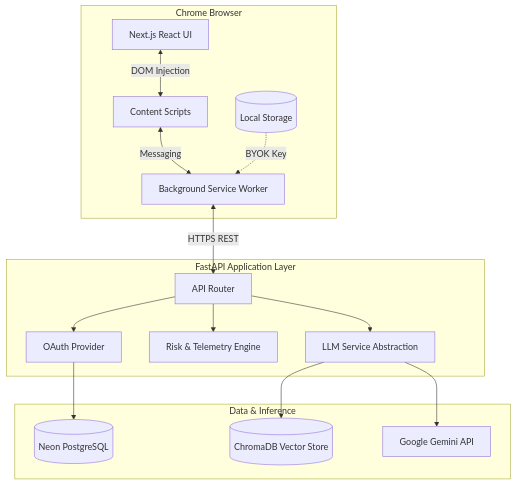
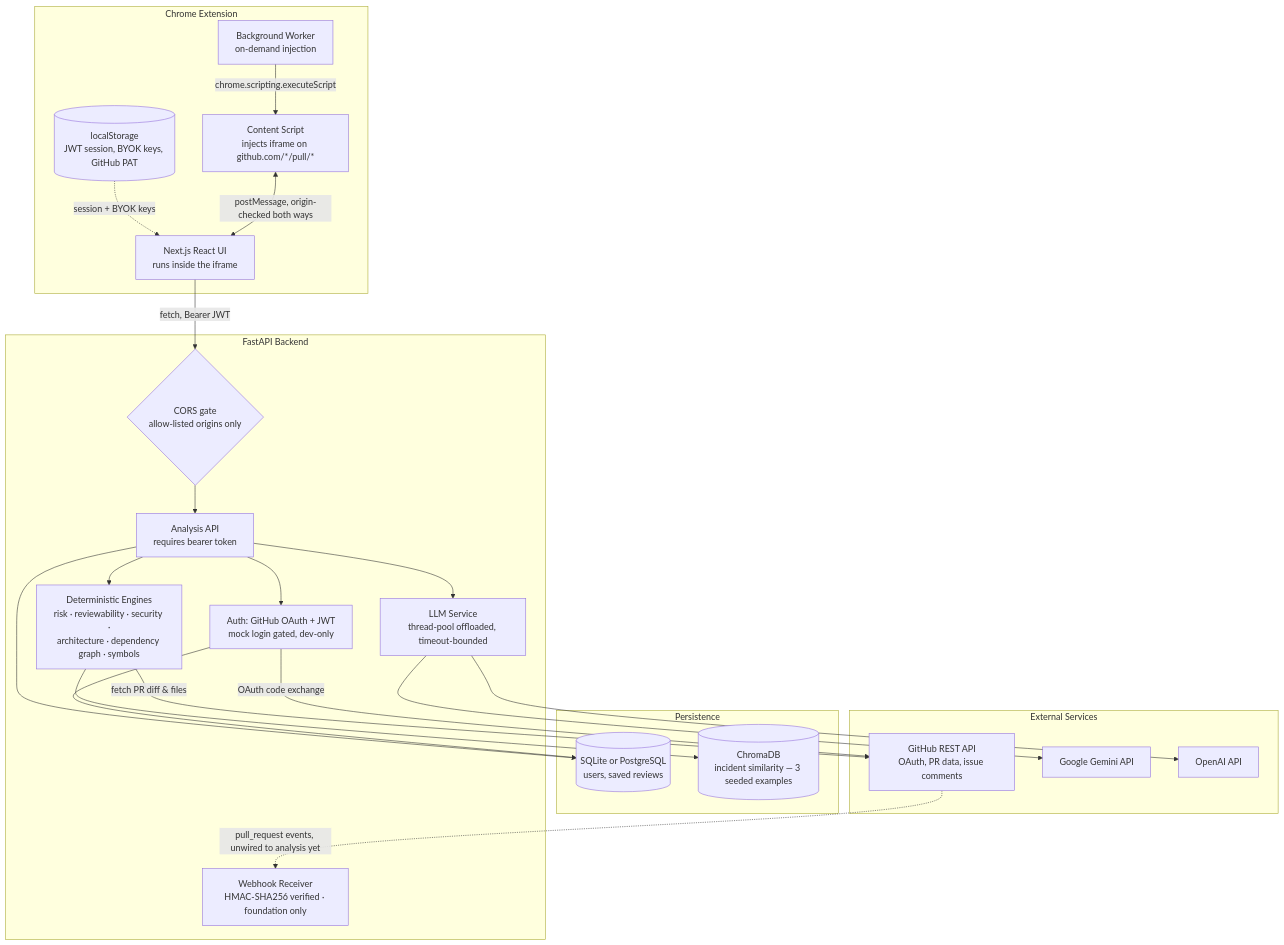
The diagram in README.md (kankaniakshat185/prscope-pr-review-intelligence), drawn with Mermaid before and after one commit. The commit also changed other lines of this file and 2 other files, not shown here.

````diff
--- a/README.md
+++ b/README.md
@@ -41,35 +50,47 @@
 ```mermaid
 graph TD
-    subgraph Client [Chrome Browser]
-        UI[Next.js React UI]
-        CS[Content Scripts]
-        BS[Background Service Worker]
-        Storage[(Local Storage)]
+    subgraph Client [Chrome Extension]
+        CS[Content Script<br/>injects iframe on github.com/*/pull/*]
+        BS[Background Worker<br/>on-demand injection]
+        UI[Next.js React UI<br/>runs inside the iframe]
+        Storage[(localStorage<br/>JWT session, BYOK keys, GitHub PAT)]
     end
 
-    subgraph Backend [FastAPI Application Layer]
-        API[API Router]
-        Auth[OAuth Provider]
-        Risk[Risk & Telemetry Engine]
-        LLM[LLM Service Abstraction]
+    subgraph Backend [FastAPI Backend]
+        CORS{CORS gate<br/>allow-listed origins only}
+        Auth[Auth: GitHub OAuth + JWT<br/>mock login gated, dev-only]
+        API[Analysis API<br/>requires bearer token]
+        Engines[Deterministic Engines<br/>risk · reviewability · security ·<br/>architecture · dependency graph · symbols]
+        LLMSvc[LLM Service<br/>thread-pool offloaded, timeout-bounded]
+        Webhook[Webhook Receiver<br/>HMAC-SHA256 verified · foundation only]
     end
 
-    subgraph Infrastructure [Data & Inference]
-        PG[(Neon PostgreSQL)]
-        Chroma[(ChromaDB Vector Store)]
-        Gemini[Google Gemini API]
+    subgraph Data [Persistence]
+        DB[(SQLite or PostgreSQL<br/>users, saved reviews)]
+        Chroma[(ChromaDB<br/>incident similarity — 3 seeded examples)]
     end
 
-    UI <-->|DOM Injection| CS
-    CS <-->|Messaging| BS
-    BS <-->|HTTPS REST| API
-    Storage -.->|BYOK Key| BS
+    subgraph External [External Services]
+        GH[GitHub REST API<br/>OAuth, PR data, issue comments]
+        Gemini[Google Gemini API]
+        OpenAI[OpenAI API]
+    end
+
+    BS -->|chrome.scripting.executeScript| CS
+    CS <-->|postMessage, origin-checked both ways| UI
+    UI -->|fetch, Bearer JWT| CORS --> API
+    Storage -.->|session + BYOK keys| UI
 
     API --> Auth
-    Auth --> PG
-    API --> Risk
-    API --> LLM
+    Auth -->|OAuth code exchange| GH
+    Auth --> DB
+    API --> Engines
+    Engines -->|fetch PR diff & files| GH
+    Engines --> Chroma
+    API --> LLMSvc
+    LLMSvc --> Gemini
+    LLMSvc --> OpenAI
+    API --> DB
 
-    LLM --> Chroma
-    LLM --> Gemini
+    GH -.->|pull_request events, unwired to analysis yet| Webhook
 ```
````
